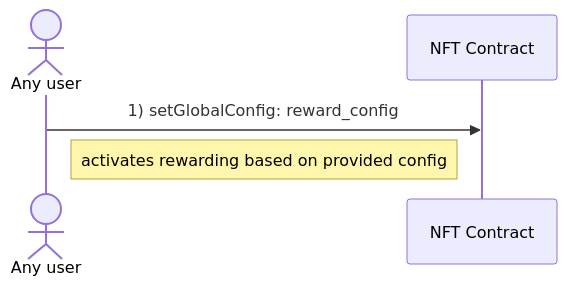
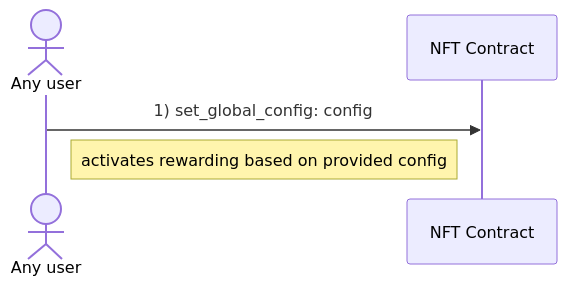
One commit to marc0olo/aens-nfts changed the first of 6 diagrams in docs/diagrams/reward_users.md. Above: the diagram before and after it, drawn with Mermaid. The commit also changed other lines of this file and 17 other files, not shown here.

````diff
--- a/docs/diagrams/reward_users.md
+++ b/docs/diagrams/reward_users.md
@@ -28,6 +29,6 @@
 ```mermaid
 sequenceDiagram
     actor Any user
-    Any user ->> NFT Contract: 1) setGlobalConfig: reward_config
+    Any user ->> NFT Contract: 1) set_global_config: config
     Note left of NFT Contract: activates rewarding based on provided config
 ```
````
